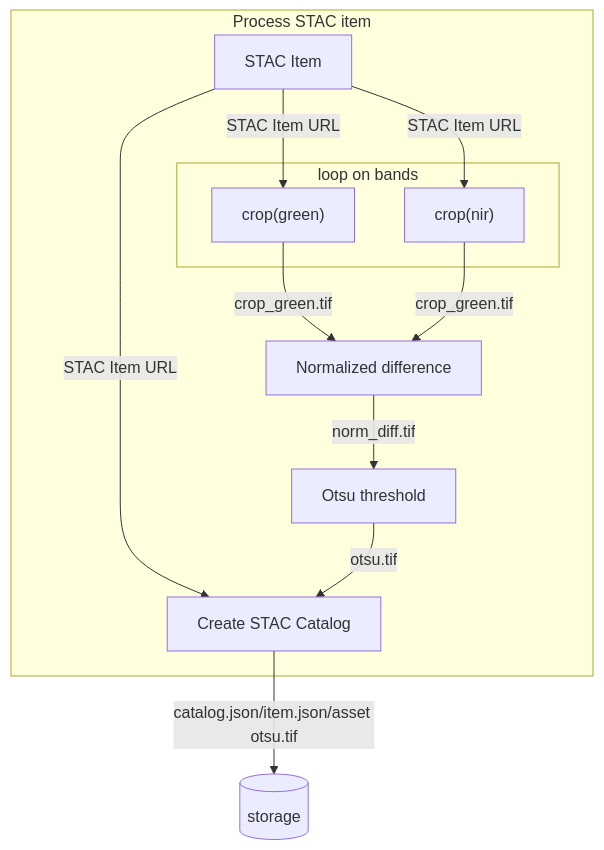
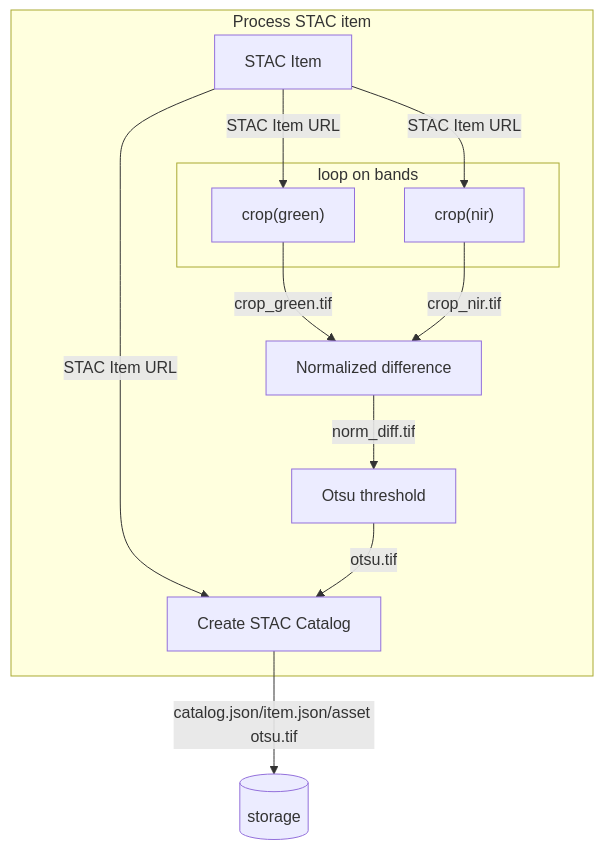
The diagram in docs/app/water_bodies/app.md (fabricebrito/quickwin), drawn with Mermaid before and after one commit.

````diff
--- a/docs/app/water_bodies/app.md
+++ b/docs/app/water_bodies/app.md
@@ -7,17 +7,17 @@
 ``` mermaid
 graph TB
 subgraph Process STAC item
   A[STAC Item] -- STAC Item URL --> B
   A[STAC Item] -- STAC Item URL --> C
   A[STAC Item] -- STAC Item URL --> F
 subgraph loop on bands
   B["crop(green)"];
   C["crop(nir)"];
 end
   B["crop(green)"] -- crop_green.tif --> D[Normalized difference];
-  C["crop(nir)"] -- crop_green.tif --> D[Normalized difference];
+  C["crop(nir)"] -- crop_nir.tif --> D[Normalized difference];
   D -- norm_diff.tif --> E[Otsu threshold]
 end
   E -- otsu.tif --> F[Create STAC Catalog]
   F -- "catalog.json/item.json/asset otsu.tif" --> G[(storage)]
 ```
````
